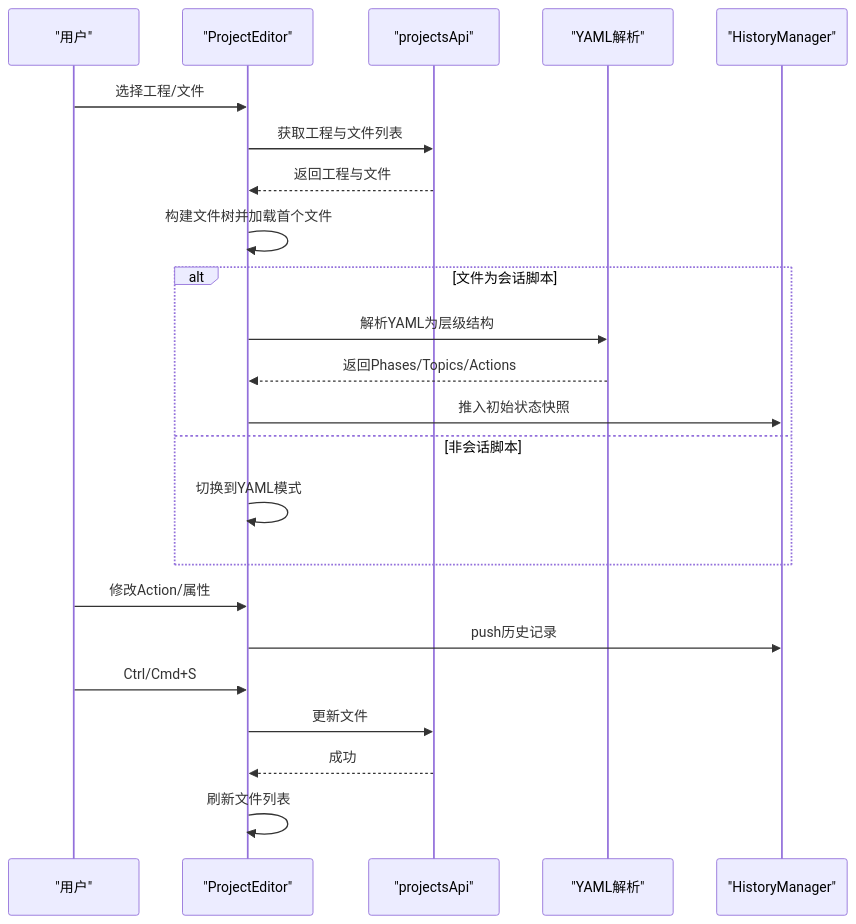
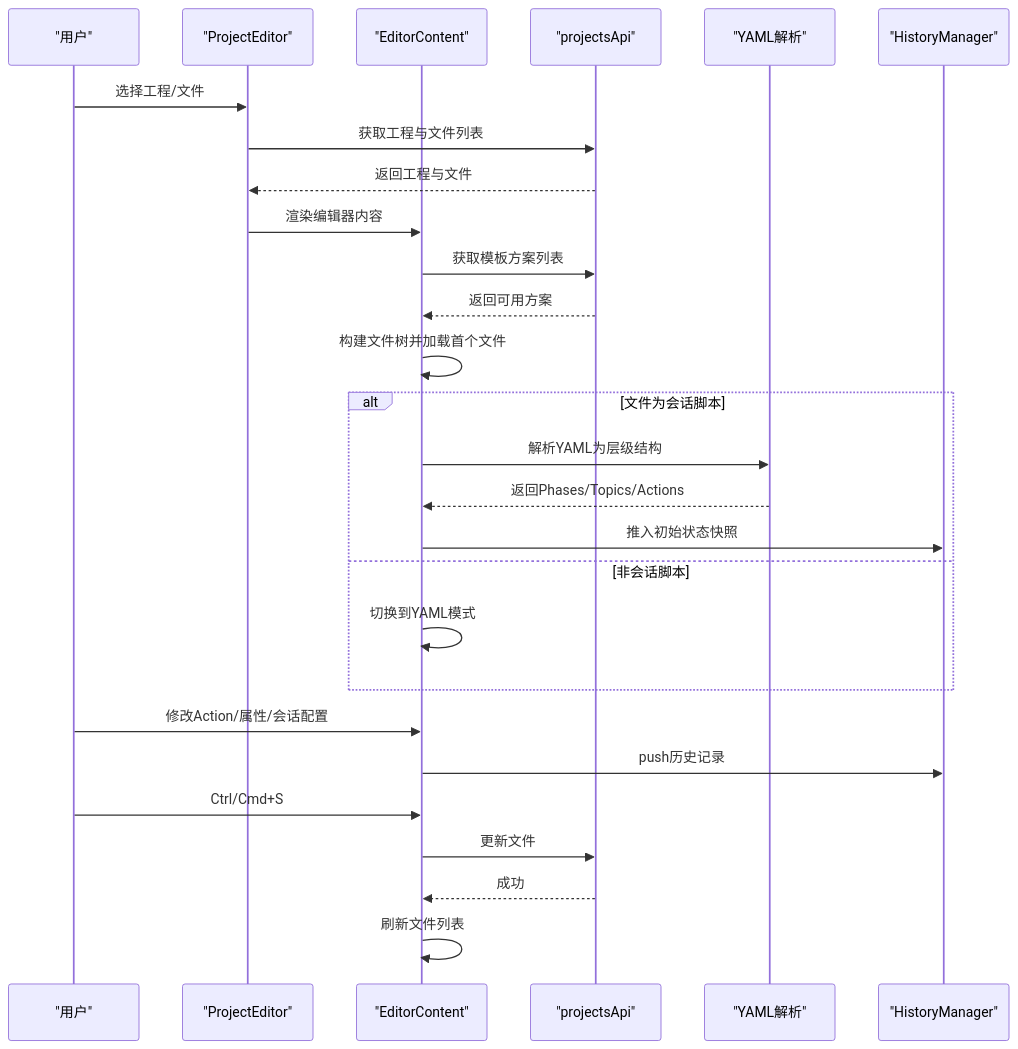
Before and after one commit to EverettCamus/HeartRule-Qoder: the fifth of 20 diagrams in .qoder/repowiki/zh/content/脚本编辑器/脚本编辑器.md, drawn with Mermaid. The commit also changed other lines of this file and 8 other files, not shown here.

````diff
--- a/.qoder/repowiki/zh/content/脚本编辑器/脚本编辑器.md
+++ b/.qoder/repowiki/zh/content/脚本编辑器/脚本编辑器.md
@@ -244,25 +311,29 @@
 ```mermaid
 sequenceDiagram
 participant U as "用户"
 participant PE as "ProjectEditor"
+participant EC as "EditorContent"
 participant API as "projectsApi"
 participant YML as "YAML解析"
 participant HM as "HistoryManager"
 U->>PE : 选择工程/文件
 PE->>API : 获取工程与文件列表
 API-->>PE : 返回工程与文件
-PE->>PE : 构建文件树并加载首个文件
+PE->>EC : 渲染编辑器内容
+EC->>API : 获取模板方案列表
+API-->>EC : 返回可用方案
+EC->>EC : 构建文件树并加载首个文件
 alt 文件为会话脚本
-PE->>YML : 解析YAML为层级结构
-YML-->>PE : 返回Phases/Topics/Actions
-PE->>HM : 推入初始状态快照
+EC->>YML : 解析YAML为层级结构
+YML-->>EC : 返回Phases/Topics/Actions
+EC->>HM : 推入初始状态快照
 else 非会话脚本
-PE->>PE : 切换到YAML模式
+EC->>EC : 切换到YAML模式
 end
-U->>PE : 修改Action/属性
-PE->>HM : push历史记录
-U->>PE : Ctrl/Cmd+S
-PE->>API : 更新文件
-API-->>PE : 成功
-PE->>PE : 刷新文件列表
+U->>EC : 修改Action/属性/会话配置
+EC->>HM : push历史记录
+U->>EC : Ctrl/Cmd+S
+EC->>API : 更新文件
+API-->>EC : 成功
+EC->>EC : 刷新文件列表
 ```
````
